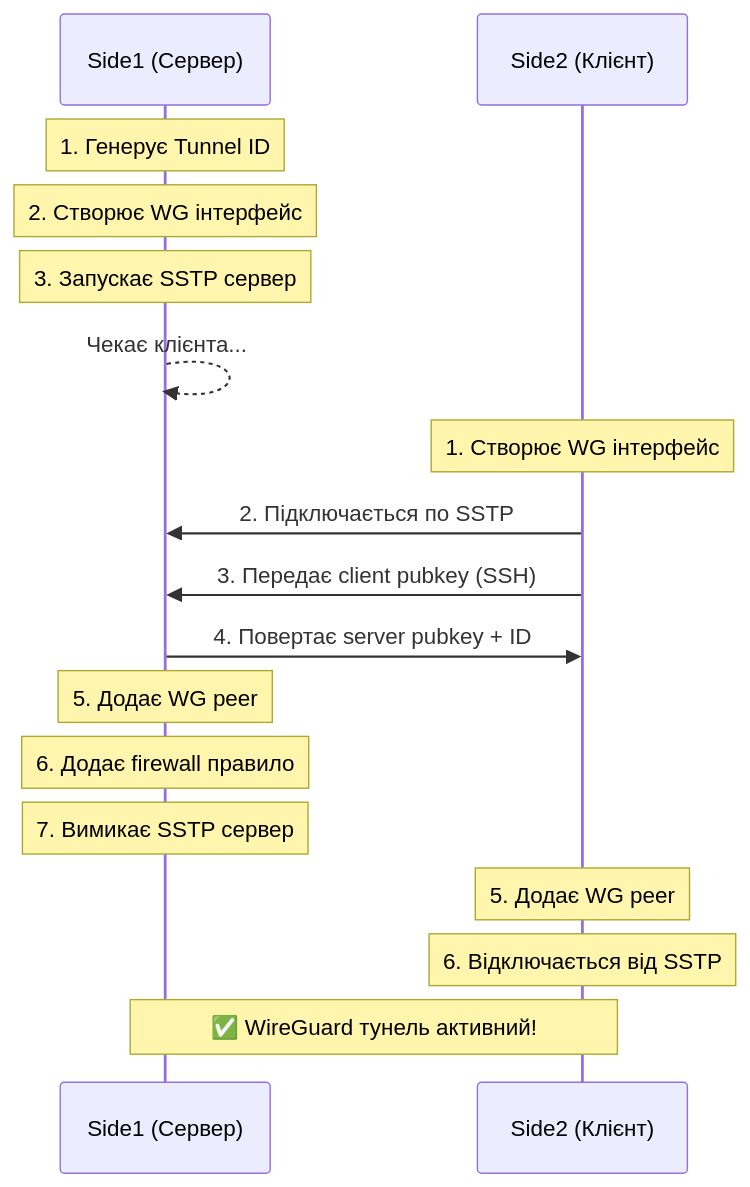
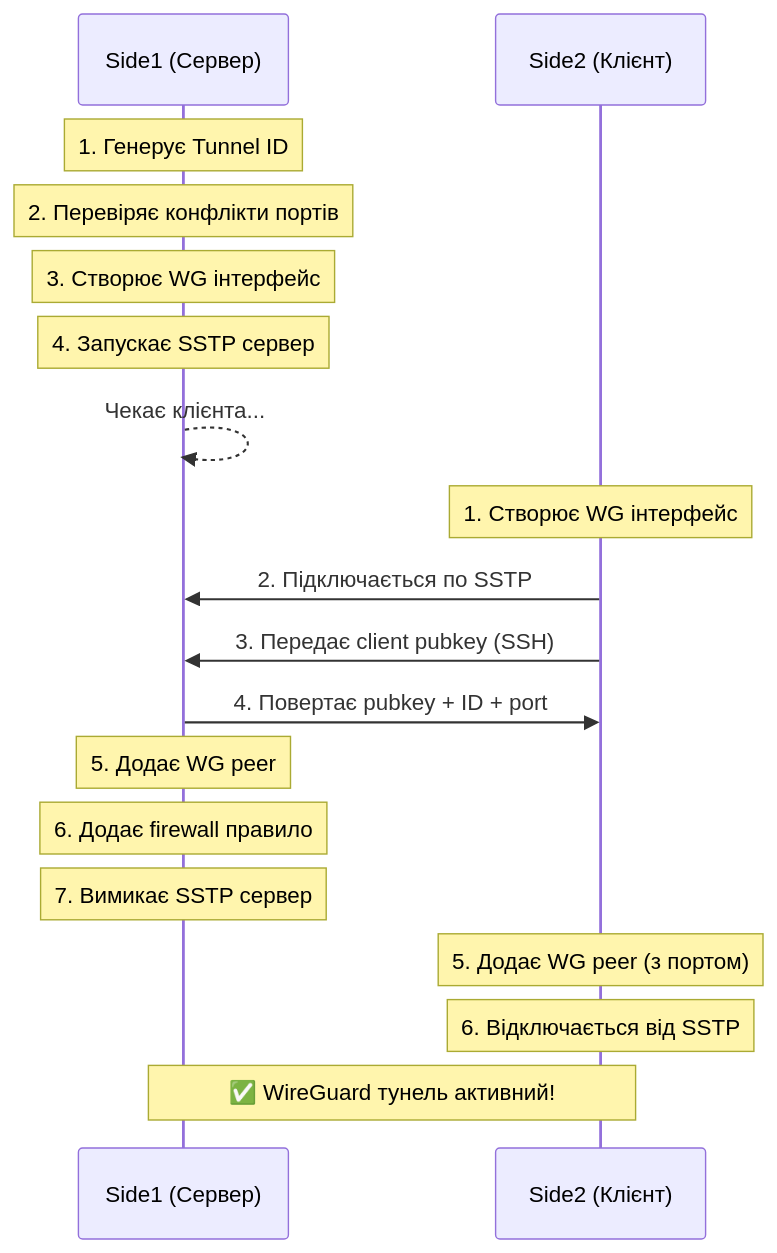
The diagram in README.uk.md (olkovin/k2o-wg-p2p-connector), drawn with Mermaid before and after one commit. The commit also changed other lines of this file and 3 other files, not shown here.

````diff
--- a/README.uk.md
+++ b/README.uk.md
@@ -65,24 +66,25 @@
 ```mermaid
 sequenceDiagram
     participant S as Side1 (Сервер)
     participant C as Side2 (Клієнт)
 
     Note over S: 1. Генерує Tunnel ID
-    Note over S: 2. Створює WG інтерфейс
-    Note over S: 3. Запускає SSTP сервер
+    Note over S: 2. Перевіряє конфлікти портів
+    Note over S: 3. Створює WG інтерфейс
+    Note over S: 4. Запускає SSTP сервер
     S-->>S: Чекає клієнта...
 
     Note over C: 1. Створює WG інтерфейс
     C->>S: 2. Підключається по SSTP
     C->>S: 3. Передає client pubkey (SSH)
-    S->>C: 4. Повертає server pubkey + ID
+    S->>C: 4. Повертає pubkey + ID + port
 
     Note over S: 5. Додає WG peer
     Note over S: 6. Додає firewall правило
     Note over S: 7. Вимикає SSTP сервер
 
-    Note over C: 5. Додає WG peer
+    Note over C: 5. Додає WG peer (з портом)
     Note over C: 6. Відключається від SSTP
 
     Note over S,C: ✅ WireGuard тунель активний!
 ```
````
